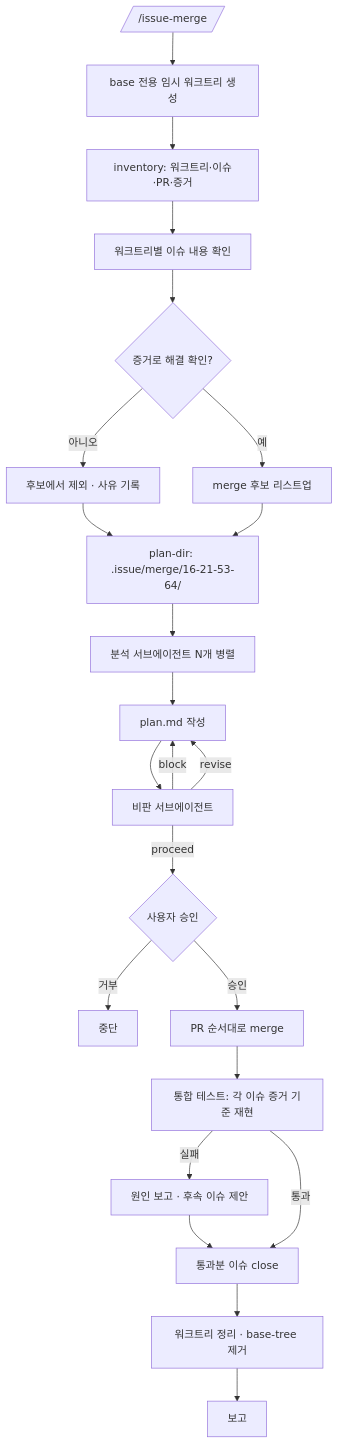
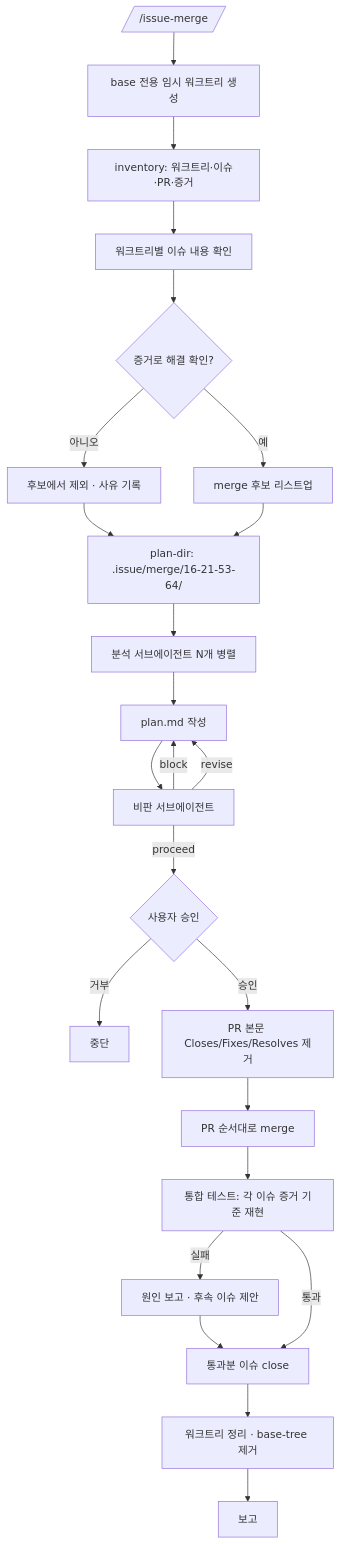
The diagram in .claude/skills/issue-merge/SKILL.md (Mineru98/skills-store), drawn with Mermaid before and after one commit. The commit also changed other lines of this file and 9 other files, not shown here.

````diff
--- a/.claude/skills/issue-merge/SKILL.md
+++ b/.claude/skills/issue-merge/SKILL.md
@@ -58,24 +59,25 @@
 ```mermaid
 flowchart TD
     A[/"/issue-merge"/] --> B[base 전용 임시 워크트리 생성]
     B --> C[inventory: 워크트리·이슈·PR·증거]
     C --> D[워크트리별 이슈 내용 확인]
     D --> E{증거로 해결 확인?}
     E -- 아니오 --> E1[후보에서 제외 · 사유 기록] --> F
     E -- 예 --> E2[merge 후보 리스트업] --> F
 
     F[plan-dir: .issue/merge/16-21-53-64/] --> G[분석 서브에이전트 N개 병렬]
     G --> H[plan.md 작성]
     H --> I[비판 서브에이전트]
     I -- block --> H
     I -- revise --> H
     I -- proceed --> J{사용자 승인}
 
     J -- 거부 --> Z[중단]
-    J -- 승인 --> K[PR 순서대로 merge]
+    J -- 승인 --> K0[PR 본문 Closes/Fixes/Resolves 제거]
+    K0 --> K[PR 순서대로 merge]
     K --> L[통합 테스트: 각 이슈 증거 기준 재현]
     L -- 실패 --> L1[원인 보고 · 후속 이슈 제안] --> M
     L -- 통과 --> M[통과분 이슈 close]
     M --> N[워크트리 정리 · base-tree 제거]
     N --> O[보고]
 ```
````
